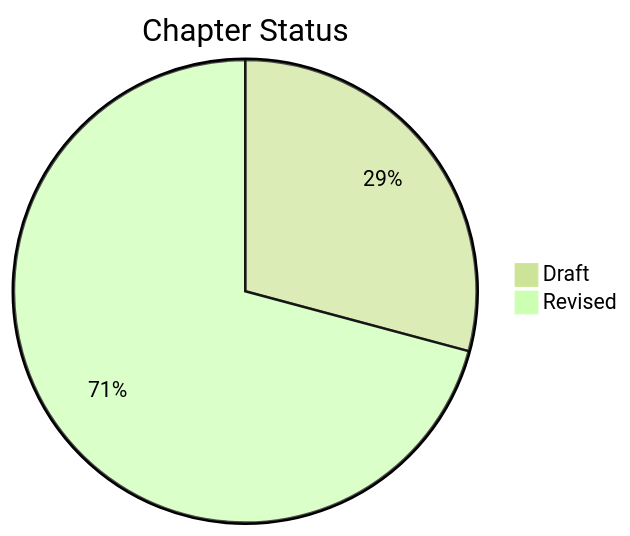
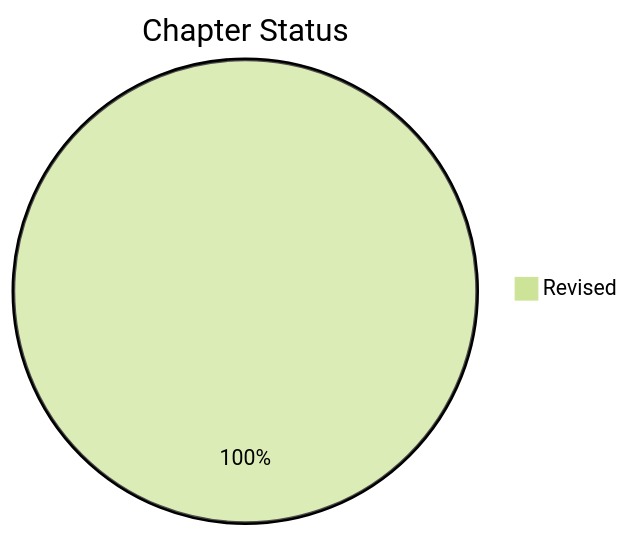
The fifth of 7 diagrams in README.md (GOATnote-Inc/untamedpursuit), drawn with Mermaid (forest theme) before and after one commit. The commit also changed other lines of this file and 13 other files, not shown here.

````diff
--- a/README.md
+++ b/README.md
@@ -231,5 +231,4 @@
 ```mermaid
 pie title Chapter Status
-    "Draft" : 7
-    "Revised" : 17
+    "Revised" : 24
 ```
````
